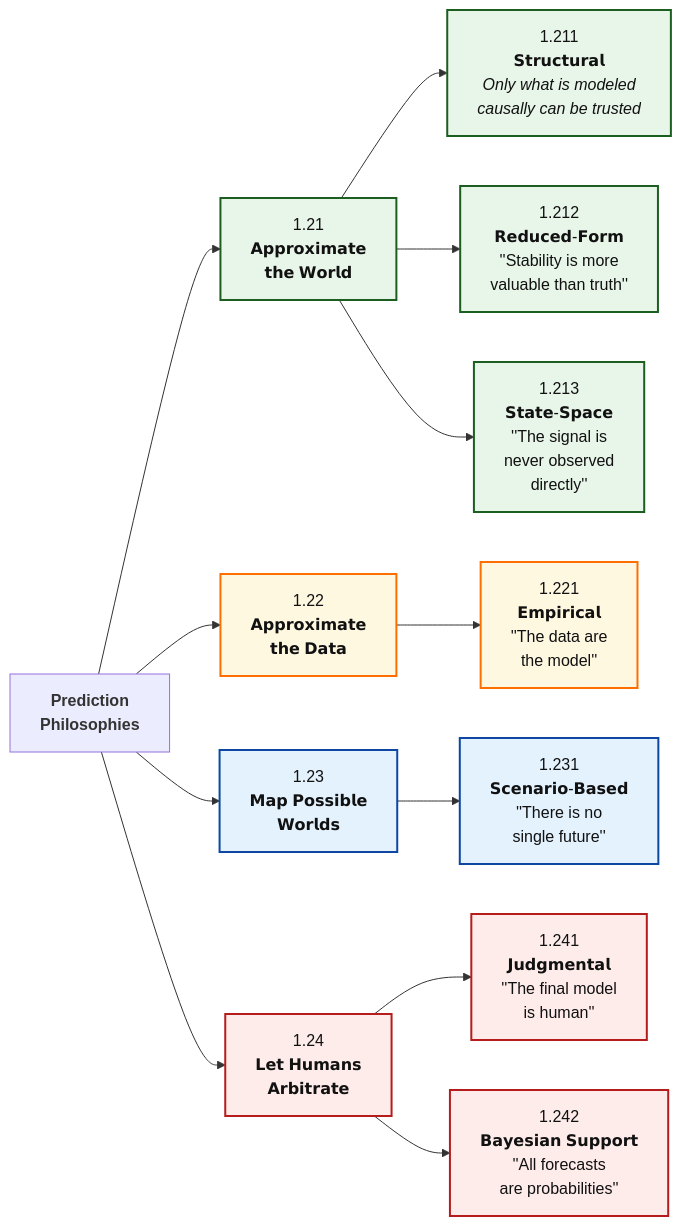
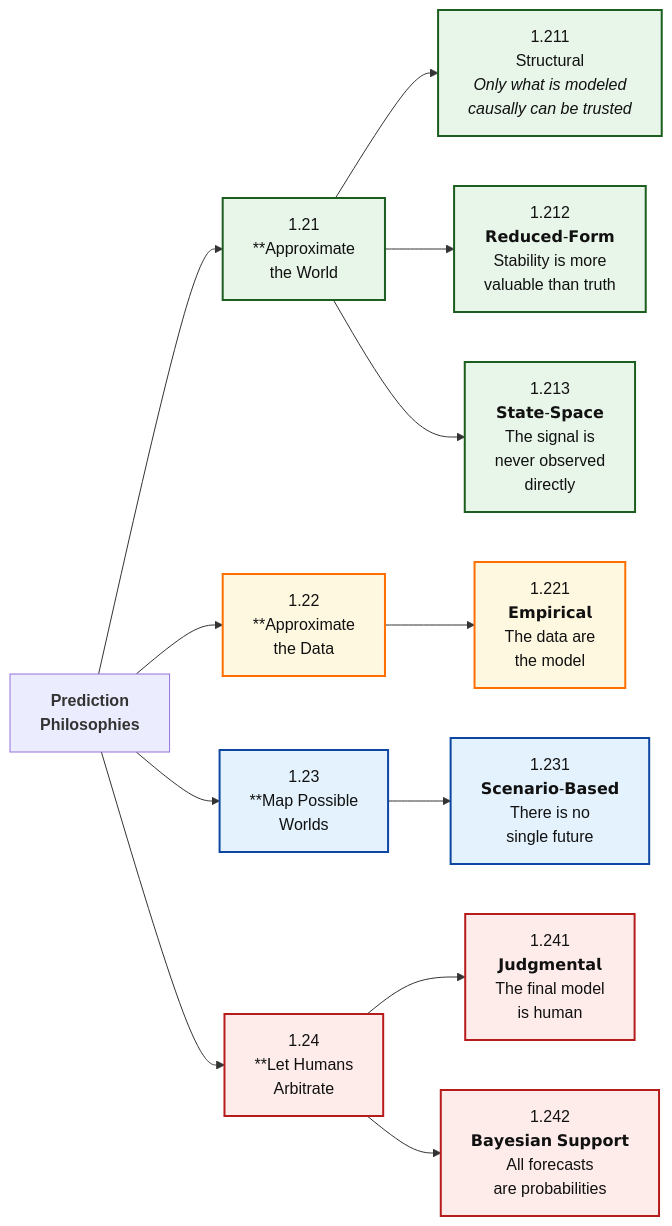
The diagram in articles-posts/predictive-model-evaluation-framework.md (Tellusant/docs), drawn with Mermaid before and after one commit.

```diff
--- a/articles-posts/predictive-model-evaluation-framework.md
+++ b/articles-posts/predictive-model-evaluation-framework.md
@@ -25,42 +25,42 @@
 <div class="mermaid">
   
 flowchart LR
 
 %% ========= NODES =========
 P["`**Prediction**<br/>**Philosophies**`"]:::none
 
-AW["1.21<br/>𝗔𝗽𝗽𝗿𝗼𝘅𝗶𝗺𝗮𝘁𝗲<br/>𝘁𝗵𝗲 𝗪𝗼𝗿𝗹𝗱"]:::strong
-AD["1.22<br/>𝗔𝗽𝗽𝗿𝗼𝘅𝗶𝗺𝗮𝘁𝗲<br/>𝘁𝗵𝗲 𝗗𝗮𝘁𝗮"]:::mixed
-PW["1.23<br/>𝗠𝗮𝗽 𝗣𝗼𝘀𝘀𝗶𝗯𝗹𝗲<br/>𝗪𝗼𝗿𝗹𝗱𝘀"]:::neutral
-HA["1.24<br/>𝗟𝗲𝘁 𝗛𝘂𝗺𝗮𝗻𝘀<br/>𝗔𝗿𝗯𝗶𝘁𝗿𝗮𝘁𝗲"]:::risk
+AW["`1.21<br/>**Approximate<br/>the World`"]:::strong
+AD["`1.22<br/>**Approximate<br/>the Data`"]:::mixed
+PW["`1.23<br/>**Map Possible<br/>Worlds`"]:::neutral
+HA["`1.24<br/>**Let Humans<br/>Arbitrate`"]:::risk
 
-STR["`1.211<br/>𝗦𝘁𝗿𝘂𝗰𝘁𝘂𝗿𝗮𝗹<br/>_Only what is modeled<br/>causally can be trusted_`"]:::strong
-RED["1.212<br/>𝗥𝗲𝗱𝘂𝗰𝗲𝗱-𝗙𝗼𝗿𝗺<br/>''Stability is more<br/>valuable than truth''"]:::strong
-STA["1.213<br/>𝗦𝘁𝗮𝘁𝗲-𝗦𝗽𝗮𝗰𝗲<br/>''The signal is<br/>never observed<br/>directly''"]:::strong
-EMP["1.221<br/>𝗘𝗺𝗽𝗶𝗿𝗶𝗰𝗮𝗹<br/>''The data are<br/>the model''"]:::mixed
-SCE["1.231<br/>𝗦𝗰𝗲𝗻𝗮𝗿𝗶𝗼-𝗕𝗮𝘀𝗲𝗱<br/>''There is no<br/>single future''"]:::neutral
-JUD["1.241<br/>𝗝𝘂𝗱𝗴𝗺𝗲𝗻𝘁𝗮𝗹<br/>''The final model<br/>is human''"]:::risk
-BAY["1.242<br/>𝗕𝗮𝘆𝗲𝘀𝗶𝗮𝗻 𝗦𝘂𝗽𝗽𝗼𝗿𝘁<br/>''All forecasts<br/>are probabilities''"]:::risk
+STR["`1.211<br/>Structural<br/>*Only what is modeled<br/>causally can be trusted*`"]:::strong
+RED["`1.212<br/>𝗥𝗲𝗱𝘂𝗰𝗲𝗱-𝗙𝗼𝗿𝗺<br/>Stability is more<br/>valuable than truth`"]:::strong
+STA["`1.213<br/>𝗦𝘁𝗮𝘁𝗲-𝗦𝗽𝗮𝗰𝗲<br/>The signal is<br/>never observed<br/>directly`"]:::strong
+EMP["`1.221<br/>𝗘𝗺𝗽𝗶𝗿𝗶𝗰𝗮𝗹<br/>The data are<br/>the model`"]:::mixed
+SCE["`1.231<br/>𝗦𝗰𝗲𝗻𝗮𝗿𝗶𝗼-𝗕𝗮𝘀𝗲𝗱<br/>There is no<br/>single future`"]:::neutral
+JUD["`1.241<br/>𝗝𝘂𝗱𝗴𝗺𝗲𝗻𝘁𝗮𝗹<br/>The final model<br/>is human`"]:::risk
+BAY["`1.242<br/>𝗕𝗮𝘆𝗲𝘀𝗶𝗮𝗻 𝗦𝘂𝗽𝗽𝗼𝗿𝘁<br/>All forecasts<br/>are probabilities`"]:::risk
 
 %% ========= RELATIONSHIPS =========
 P --> AW
 P --> AD
 P --> PW
 P --> HA
 AW --> STR
 AW --> RED
 AW --> STA
 AD --> EMP
 PW --> SCE
 HA --> JUD
 HA --> BAY
 
 %% ========= STYLES =========
 classDef strong  fill:#E8F5E9,stroke:#1B5E20,stroke-width:2px,color:#111;
 classDef neutral fill:#E3F2FD,stroke:#0D47A1,stroke-width:2px,color:#111;
 classDef mixed   fill:#FFF8E1,stroke:#FF6F00,stroke-width:2px,color:#111;
 classDef risk    fill:#FDECEA,stroke:#B71C1C,stroke-width:2px,color:#111;
 classDef summary fill:#F5F5F5,stroke:#424242,stroke-width:2px,color:#111;
 classDef anchor fill:transparent,stroke:transparent;
 
 </div>
```
